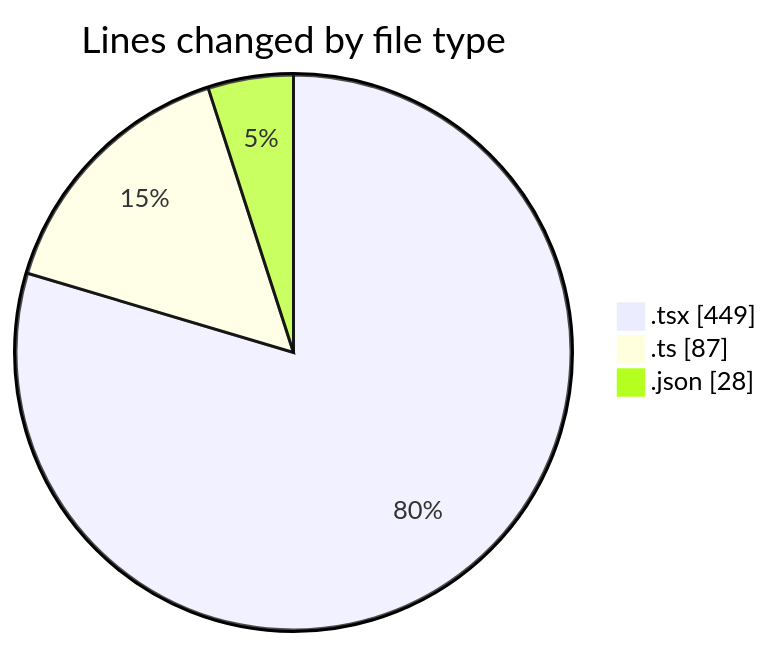
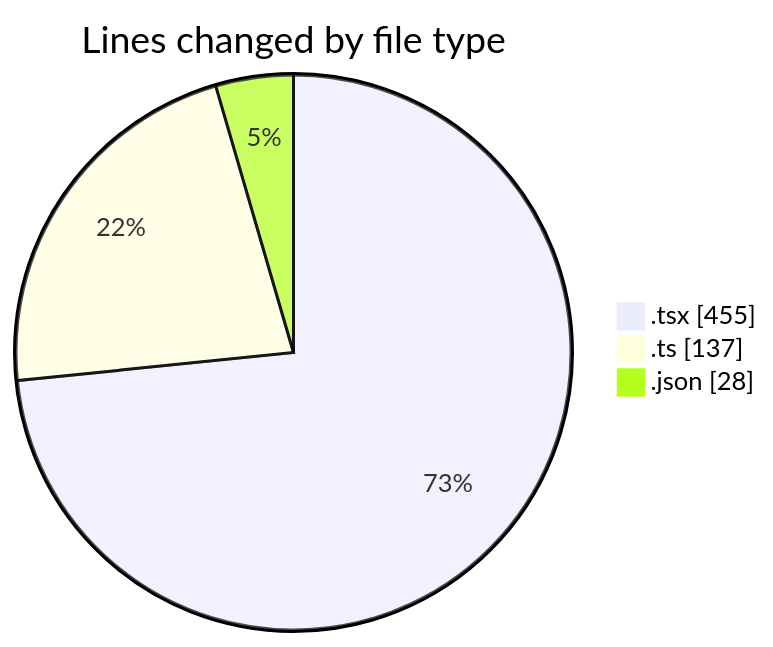
Before and after one commit to momahboobian/code-tracking: the first of 2 diagrams in 2025-04-29/cda/README.md, drawn with Mermaid. The commit also changed other lines of this file and 1 other file, not shown here.

````diff
--- a/2025-04-29/cda/README.md
+++ b/2025-04-29/cda/README.md
@@ -25,7 +26,7 @@
 ```mermaid
 pie showData
 title Lines changed by file type
-".tsx" : 449
-".ts" : 87
+".tsx" : 455
+".ts" : 137
 ".json" : 28
 ```
````
